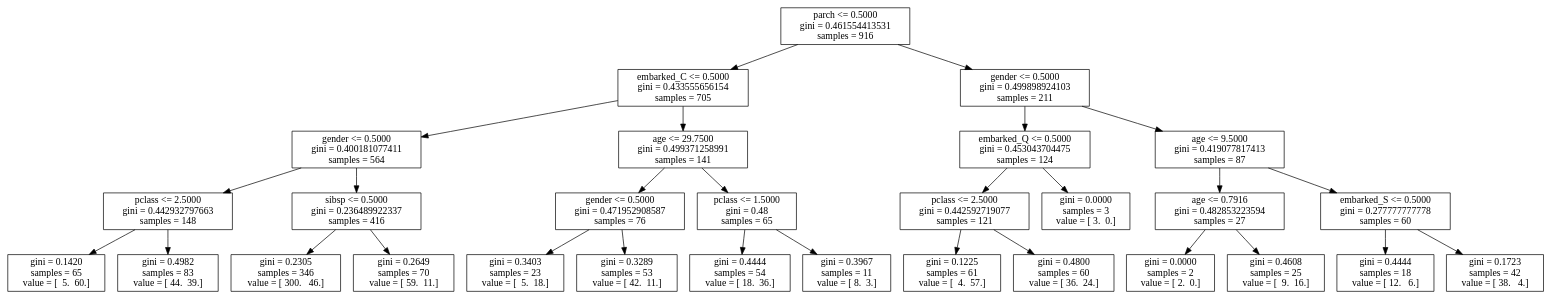
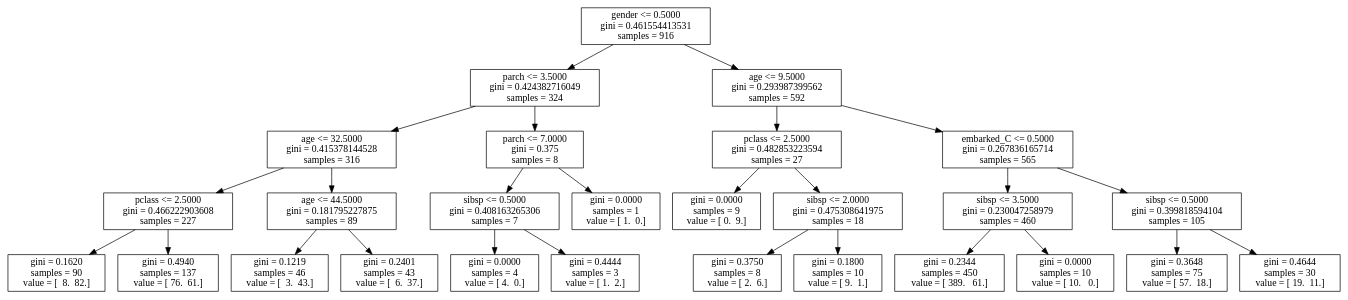
One commit to karenxiao/kaggle-titanic changed the diagram in tree.dot. Above: the diagram before and after it, drawn with Graphviz. The commit also changed 10 other files, not shown here.

```diff
--- a/tree.dot
+++ b/tree.dot
@@ -1,59 +1,55 @@
 digraph Tree {
-0 [label="parch <= 0.5000\ngini = 0.461554413531\nsamples = 916", shape="box"] ;
-1 [label="embarked_C <= 0.5000\ngini = 0.433555656154\nsamples = 705", shape="box"] ;
+0 [label="gender <= 0.5000\ngini = 0.461554413531\nsamples = 916", shape="box"] ;
+1 [label="parch <= 3.5000\ngini = 0.424382716049\nsamples = 324", shape="box"] ;
 0 -> 1 ;
-2 [label="gender <= 0.5000\ngini = 0.400181077411\nsamples = 564", shape="box"] ;
+2 [label="age <= 32.5000\ngini = 0.415378144528\nsamples = 316", shape="box"] ;
 1 -> 2 ;
-3 [label="pclass <= 2.5000\ngini = 0.442932797663\nsamples = 148", shape="box"] ;
+3 [label="pclass <= 2.5000\ngini = 0.466222903608\nsamples = 227", shape="box"] ;
 2 -> 3 ;
-4 [label="gini = 0.1420\nsamples = 65\nvalue = [  5.  60.]", shape="box"] ;
+4 [label="gini = 0.1620\nsamples = 90\nvalue = [  8.  82.]", shape="box"] ;
 3 -> 4 ;
-5 [label="gini = 0.4982\nsamples = 83\nvalue = [ 44.  39.]", shape="box"] ;
+5 [label="gini = 0.4940\nsamples = 137\nvalue = [ 76.  61.]", shape="box"] ;
 3 -> 5 ;
-6 [label="sibsp <= 0.5000\ngini = 0.236489922337\nsamples = 416", shape="box"] ;
+6 [label="age <= 44.5000\ngini = 0.181795227875\nsamples = 89", shape="box"] ;
 2 -> 6 ;
-7 [label="gini = 0.2305\nsamples = 346\nvalue = [ 300.   46.]", shape="box"] ;
+7 [label="gini = 0.1219\nsamples = 46\nvalue = [  3.  43.]", shape="box"] ;
 6 -> 7 ;
-8 [label="gini = 0.2649\nsamples = 70\nvalue = [ 59.  11.]", shape="box"] ;
+8 [label="gini = 0.2401\nsamples = 43\nvalue = [  6.  37.]", shape="box"] ;
 6 -> 8 ;
-9 [label="age <= 29.7500\ngini = 0.499371258991\nsamples = 141", shape="box"] ;
+9 [label="parch <= 7.0000\ngini = 0.375\nsamples = 8", shape="box"] ;
 1 -> 9 ;
-10 [label="gender <= 0.5000\ngini = 0.471952908587\nsamples = 76", shape="box"] ;
+10 [label="sibsp <= 0.5000\ngini = 0.408163265306\nsamples = 7", shape="box"] ;
 9 -> 10 ;
-11 [label="gini = 0.3403\nsamples = 23\nvalue = [  5.  18.]", shape="box"] ;
+11 [label="gini = 0.0000\nsamples = 4\nvalue = [ 4.  0.]", shape="box"] ;
 10 -> 11 ;
-12 [label="gini = 0.3289\nsamples = 53\nvalue = [ 42.  11.]", shape="box"] ;
+12 [label="gini = 0.4444\nsamples = 3\nvalue = [ 1.  2.]", shape="box"] ;
 10 -> 12 ;
-13 [label="pclass <= 1.5000\ngini = 0.48\nsamples = 65", shape="box"] ;
+13 [label="gini = 0.0000\nsamples = 1\nvalue = [ 1.  0.]", shape="box"] ;
 9 -> 13 ;
-14 [label="gini = 0.4444\nsamples = 54\nvalue = [ 18.  36.]", shape="box"] ;
-13 -> 14 ;
-15 [label="gini = 0.3967\nsamples = 11\nvalue = [ 8.  3.]", shape="box"] ;
-13 -> 15 ;
-16 [label="gender <= 0.5000\ngini = 0.499898924103\nsamples = 211", shape="box"] ;
-0 -> 16 ;
-17 [label="embarked_Q <= 0.5000\ngini = 0.453043704475\nsamples = 124", shape="box"] ;
-16 -> 17 ;
-18 [label="pclass <= 2.5000\ngini = 0.442592719077\nsamples = 121", shape="box"] ;
+14 [label="age <= 9.5000\ngini = 0.293987399562\nsamples = 592", shape="box"] ;
+0 -> 14 ;
+15 [label="pclass <= 2.5000\ngini = 0.482853223594\nsamples = 27", shape="box"] ;
+14 -> 15 ;
+16 [label="gini = 0.0000\nsamples = 9\nvalue = [ 0.  9.]", shape="box"] ;
+15 -> 16 ;
+17 [label="sibsp <= 2.0000\ngini = 0.475308641975\nsamples = 18", shape="box"] ;
+15 -> 17 ;
+18 [label="gini = 0.3750\nsamples = 8\nvalue = [ 2.  6.]", shape="box"] ;
 17 -> 18 ;
-19 [label="gini = 0.1225\nsamples = 61\nvalue = [  4.  57.]", shape="box"] ;
-18 -> 19 ;
-20 [label="gini = 0.4800\nsamples = 60\nvalue = [ 36.  24.]", shape="box"] ;
-18 -> 20 ;
-21 [label="gini = 0.0000\nsamples = 3\nvalue = [ 3.  0.]", shape="box"] ;
-17 -> 21 ;
-22 [label="age <= 9.5000\ngini = 0.419077817413\nsamples = 87", shape="box"] ;
-16 -> 22 ;
-23 [label="age <= 0.7916\ngini = 0.482853223594\nsamples = 27", shape="box"] ;
-22 -> 23 ;
-24 [label="gini = 0.0000\nsamples = 2\nvalue = [ 2.  0.]", shape="box"] ;
-23 -> 24 ;
-25 [label="gini = 0.4608\nsamples = 25\nvalue = [  9.  16.]", shape="box"] ;
-23 -> 25 ;
-26 [label="embarked_S <= 0.5000\ngini = 0.277777777778\nsamples = 60", shape="box"] ;
-22 -> 26 ;
-27 [label="gini = 0.4444\nsamples = 18\nvalue = [ 12.   6.]", shape="box"] ;
-26 -> 27 ;
-28 [label="gini = 0.1723\nsamples = 42\nvalue = [ 38.   4.]", shape="box"] ;
-26 -> 28 ;
+19 [label="gini = 0.1800\nsamples = 10\nvalue = [ 9.  1.]", shape="box"] ;
+17 -> 19 ;
+20 [label="embarked_C <= 0.5000\ngini = 0.267836165714\nsamples = 565", shape="box"] ;
+14 -> 20 ;
+21 [label="sibsp <= 3.5000\ngini = 0.230047258979\nsamples = 460", shape="box"] ;
+20 -> 21 ;
+22 [label="gini = 0.2344\nsamples = 450\nvalue = [ 389.   61.]", shape="box"] ;
+21 -> 22 ;
+23 [label="gini = 0.0000\nsamples = 10\nvalue = [ 10.   0.]", shape="box"] ;
+21 -> 23 ;
+24 [label="sibsp <= 0.5000\ngini = 0.399818594104\nsamples = 105", shape="box"] ;
+20 -> 24 ;
+25 [label="gini = 0.3648\nsamples = 75\nvalue = [ 57.  18.]", shape="box"] ;
+24 -> 25 ;
+26 [label="gini = 0.4644\nsamples = 30\nvalue = [ 19.  11.]", shape="box"] ;
+24 -> 26 ;
 }
```
